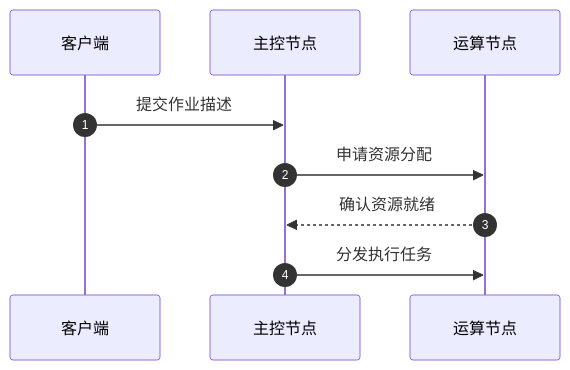
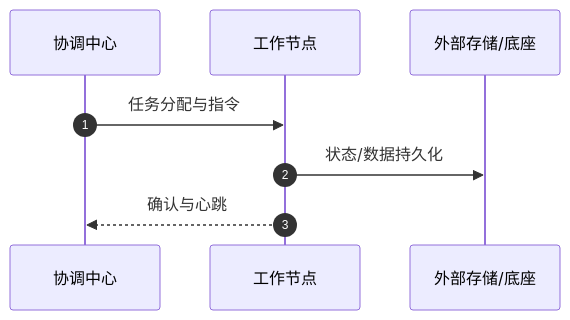
The second of 4 diagrams in templates/technical-knowledge-template.md (tieke1121/tech-interview-knowledge-base), drawn with Mermaid before and after one commit. The commit also changed other lines of this file and 3 other files, not shown here.

First line of the commit message:
refactor: upgrade template & docs for technical director/architect interview

````diff
--- a/templates/technical-knowledge-template.md
+++ b/templates/technical-knowledge-template.md
@@ -60,11 +60,10 @@
 ```mermaid
 sequenceDiagram
     autonumber
-    participant Client as 客户端
-    participant Master as 主控节点
-    participant Worker as 运算节点
-    Client->>Master: 提交作业描述
-    Master->>Worker: 申请资源分配
-    Worker-->>Master: 确认资源就绪
-    Master->>Worker: 分发执行任务
+    participant Master as 协调中心
+    participant Worker as 工作节点
+    participant Ext as 外部存储/底座
+    Master->>Worker: 任务分配与指令
+    Worker->>Ext: 状态/数据持久化
+    Worker-->>Master: 确认与心跳
 ```
````
